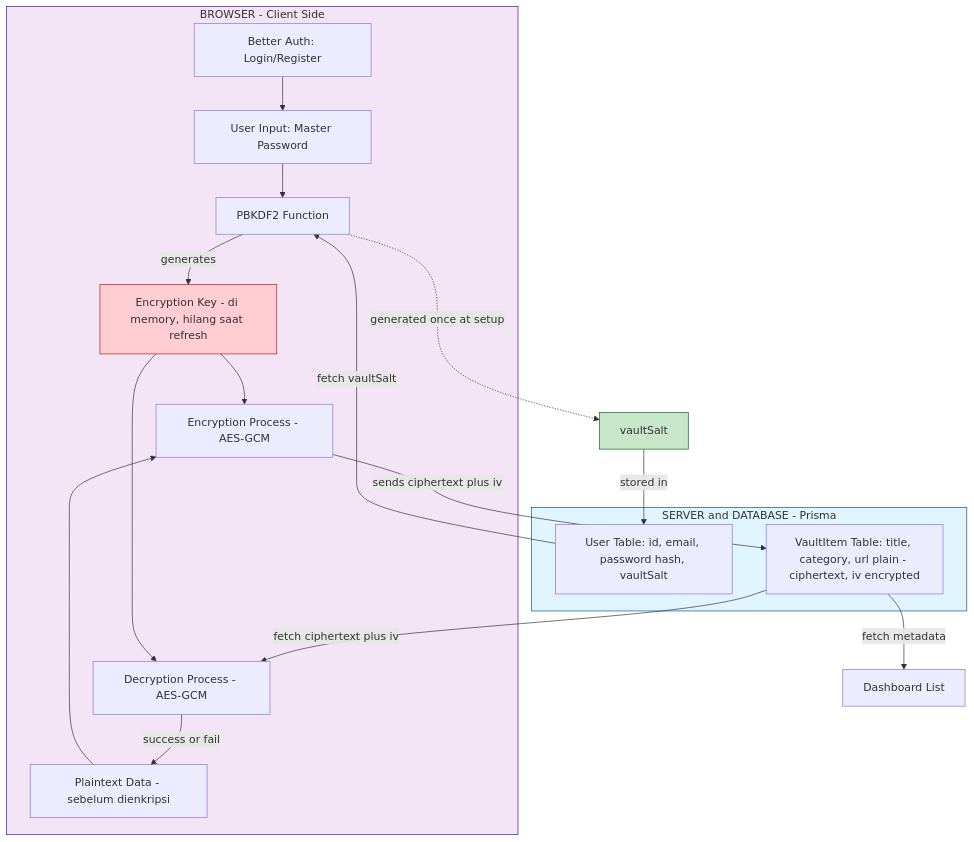
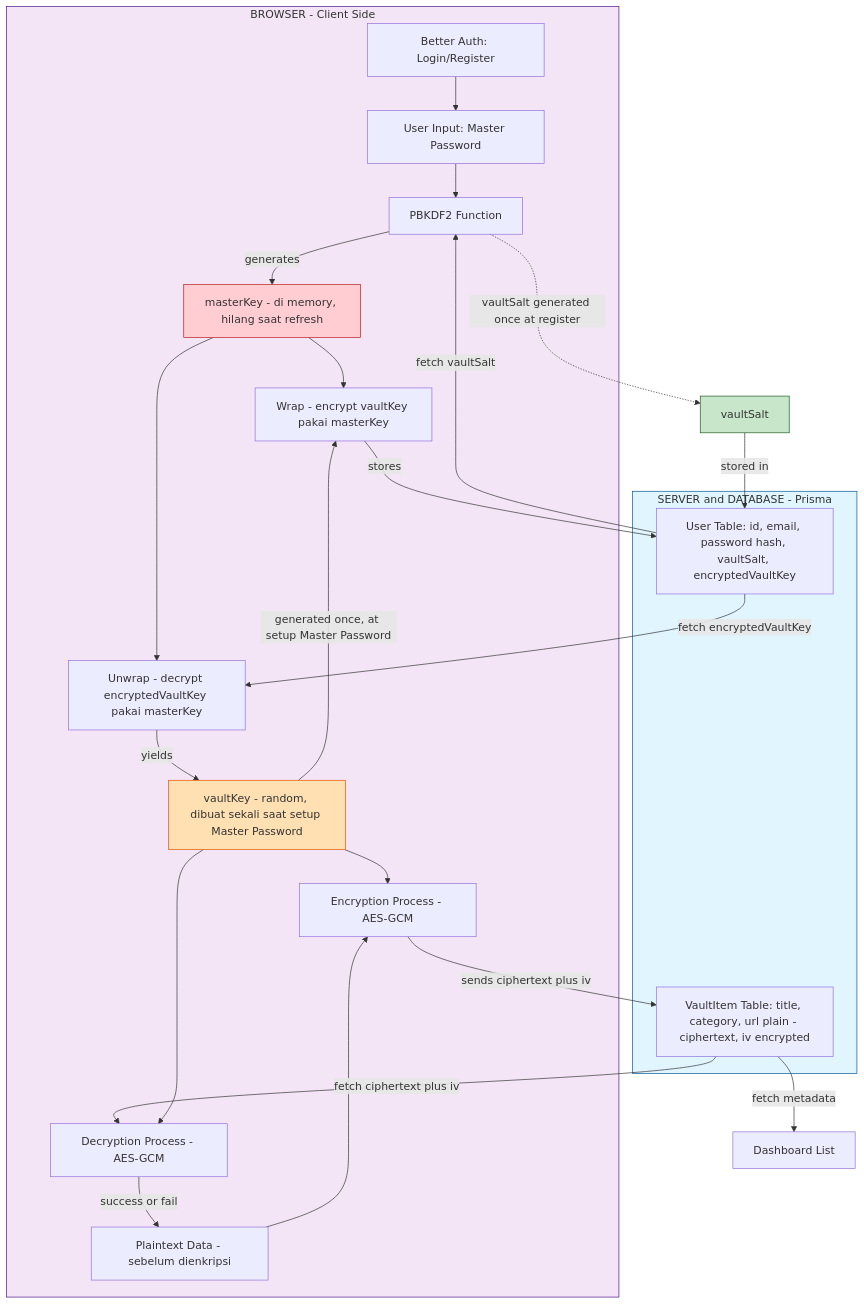
Before and after one commit to jokoo7/centinela: the diagram in README.md, drawn with Mermaid. The commit also changed other lines of this file and 14 other files, not shown here.

````diff
--- a/README.md
+++ b/README.md
@@ -22,33 +23,49 @@
 ```mermaid
 graph TD
     subgraph Client["BROWSER - Client Side"]
         Auth["Better Auth: Login/Register"]
         MP_Input["User Input: Master Password"]
         PBKDF2["PBKDF2 Function"]
-        EK["Encryption Key - di memory, hilang saat refresh"]
+        MK["masterKey - di memory, hilang saat refresh"]
+        VaultKeyGen["vaultKey - random, dibuat sekali saat setup Master Password"]
+        Wrap["Wrap - encrypt vaultKey pakai masterKey"]
+        Unwrap["Unwrap - decrypt encryptedVaultKey pakai masterKey"]
         PlainData["Plaintext Data - sebelum dienkripsi"]
         Encrypt_Proc["Encryption Process - AES-GCM"]
         Decrypt_Proc["Decryption Process - AES-GCM"]
     end
     subgraph Server["SERVER and DATABASE - Prisma"]
-        UserTable["User Table: id, email, password hash, vaultSalt"]
+        UserTable["User Table: id, email, password hash, vaultSalt, encryptedVaultKey"]
         VaultTable["VaultItem Table: title, category, url plain - ciphertext, iv encrypted"]
     end
+
     Auth --> MP_Input
     MP_Input --> PBKDF2
-    PBKDF2 -->|generates| EK
-    PBKDF2 -.->|generated once at setup| VS_Gen["vaultSalt"]
+    PBKDF2 -->|generates| MK
+    PBKDF2 -.->|vaultSalt generated once at register| VS_Gen["vaultSalt"]
     VS_Gen -->|stored in| UserTable
+
+    VaultKeyGen -->|generated once, at setup Master Password| Wrap
+    MK --> Wrap
+    Wrap -->|stores| UserTable
+
+    UserTable -->|fetch vaultSalt| PBKDF2
+    UserTable -->|fetch encryptedVaultKey| Unwrap
+    MK --> Unwrap
+    Unwrap -->|yields| VaultKeyGen
+
     PlainData --> Encrypt_Proc
-    EK --> Encrypt_Proc
+    VaultKeyGen --> Encrypt_Proc
     Encrypt_Proc -->|sends ciphertext plus iv| VaultTable
-    UserTable -->|fetch vaultSalt| PBKDF2
+
     VaultTable -->|fetch metadata| Dashboard["Dashboard List"]
     VaultTable -->|fetch ciphertext plus iv| Decrypt_Proc
-    EK --> Decrypt_Proc
+    VaultKeyGen --> Decrypt_Proc
     Decrypt_Proc -->|success or fail| PlainData
-    style EK fill:#ffcdd2,stroke:#b71c1c
+
+    style MK fill:#ffcdd2,stroke:#b71c1c
+    style VaultKeyGen fill:#ffe0b2,stroke:#e65100
     style VS_Gen fill:#c8e6c9,stroke:#1b5e20
     style Client fill:#f3e5f5,stroke:#4a148c
     style Server fill:#e1f5fe,stroke:#01579b
 ```
````
